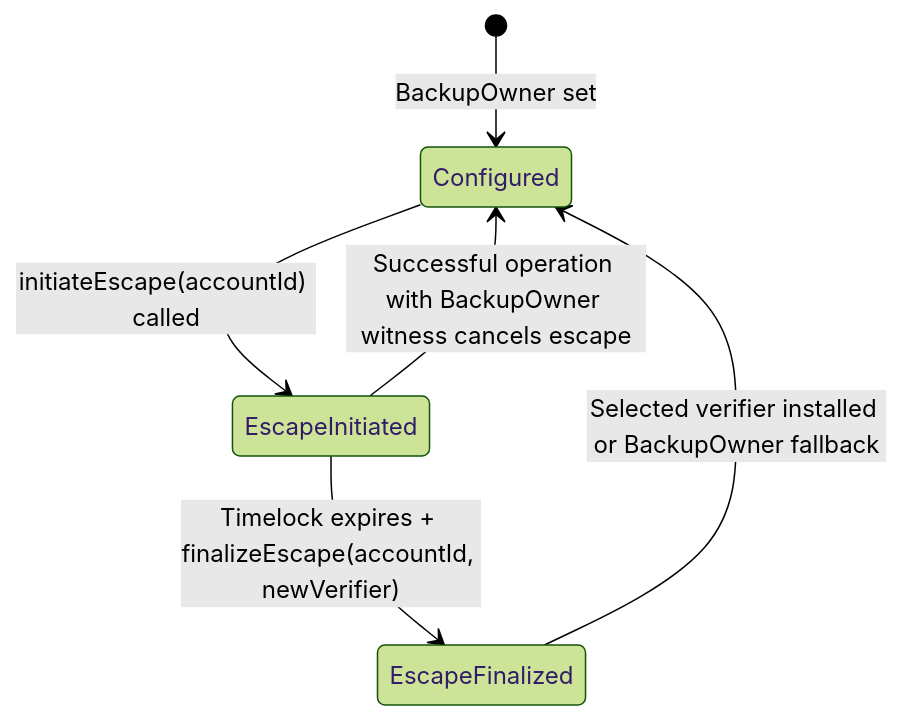
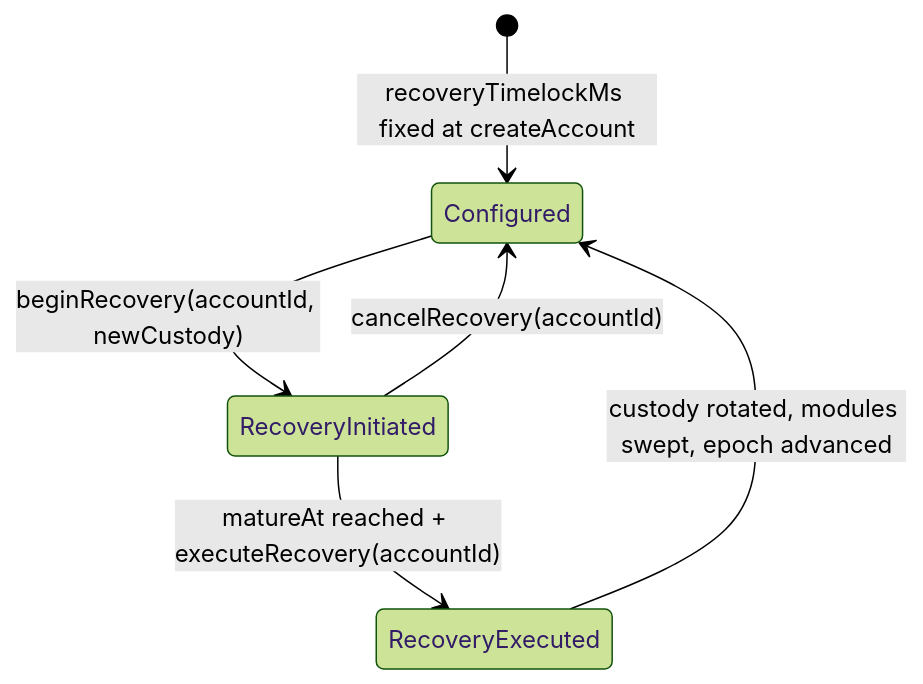
Before and after one commit to r3e-network/neo-os-aa: the diagram in docs/PROTOCOL_COMPLETENESS_AUDIT.md, drawn with Mermaid (forest theme). The commit also changed other lines of this file and 425 other files, not shown here.

````diff
--- a/docs/PROTOCOL_COMPLETENESS_AUDIT.md
+++ b/docs/PROTOCOL_COMPLETENESS_AUDIT.md
@@ -145,8 +148,8 @@
 ```mermaid
 stateDiagram-v2
-    [*] --> Configured: BackupOwner set
-    Configured --> EscapeInitiated: initiateEscape(accountId) called
-    EscapeInitiated --> Configured: Successful operation with BackupOwner witness cancels escape
-    EscapeInitiated --> EscapeFinalized: Timelock expires + finalizeEscape(accountId, newVerifier)
-    EscapeFinalized --> Configured: Selected verifier installed or BackupOwner fallback
+    [*] --> Configured: recoveryTimelockMs fixed at createAccount
+    Configured --> RecoveryInitiated: beginRecovery(accountId, newCustody)
+    RecoveryInitiated --> Configured: cancelRecovery(accountId)
+    RecoveryInitiated --> RecoveryExecuted: matureAt reached + executeRecovery(accountId)
+    RecoveryExecuted --> Configured: custody rotated, modules swept, epoch advanced
 ```
````
